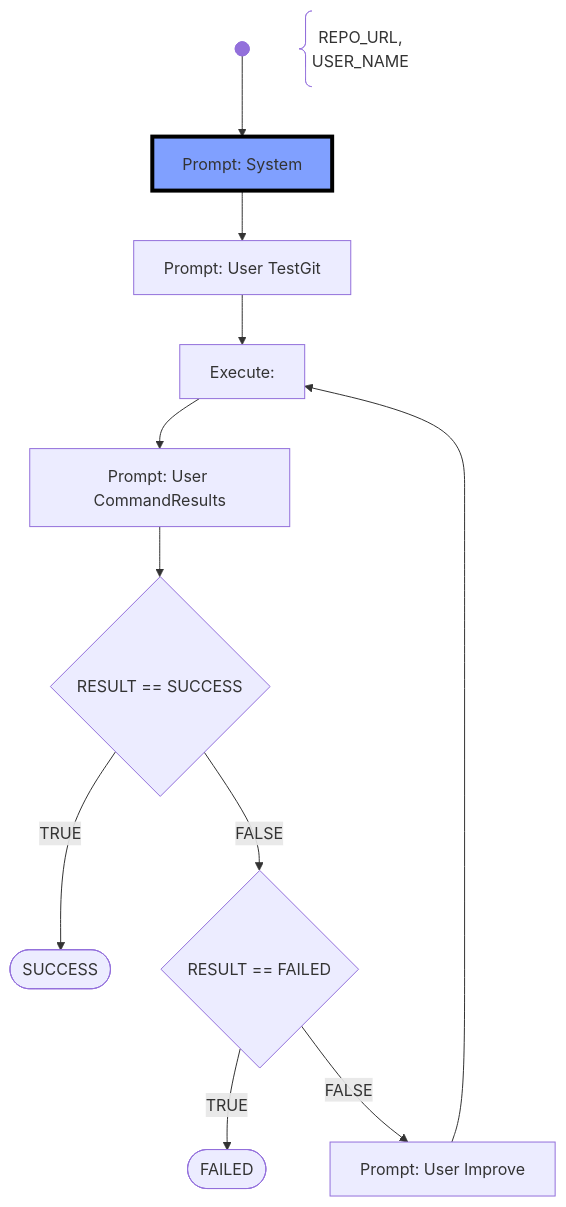
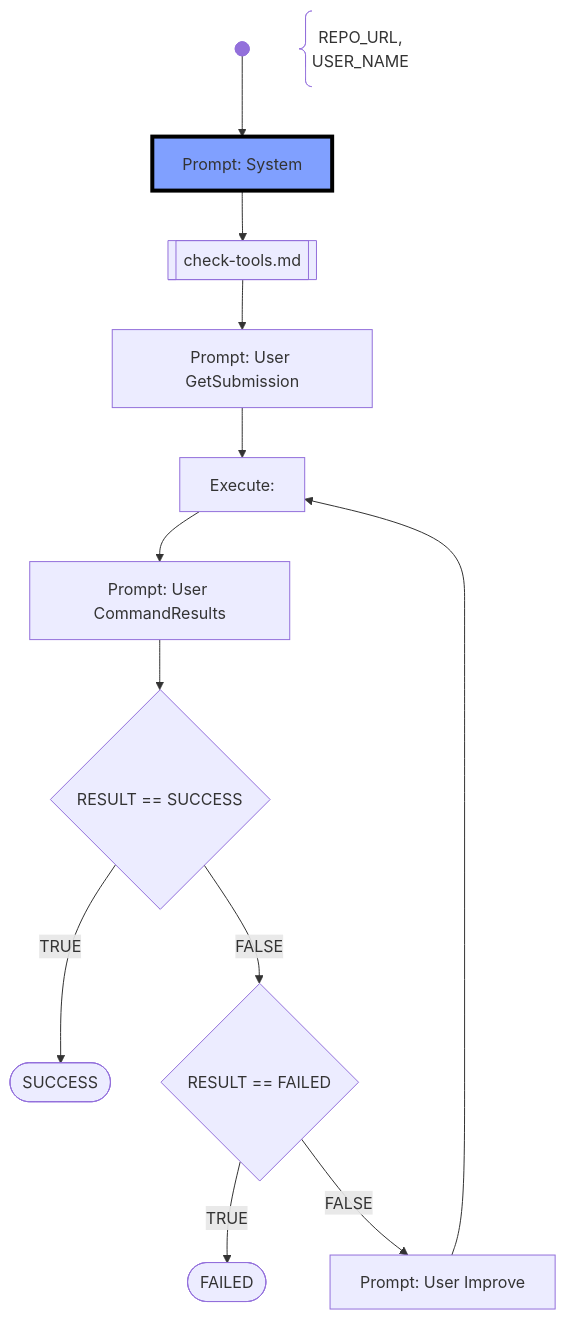
Before and after one commit to BernLeWal/AICodeMentor: the second of 2 diagrams in docs/workflow.md, drawn with Mermaid. The commit also changed 12 other files, not shown here.

````diff
--- a/docs/workflow.md
+++ b/docs/workflow.md
@@ -67,23 +67,24 @@
 ```mermaid
 flowchart TD
     START@{ shape: f-circ, label:"start"} --> PROMPT_SYSTEM
     PARAMS@{ shape: comment, label: "REPO_URL, \nUSER_NAME"}
 
-    PROMPT_SYSTEM[Prompt: System] --> PROMPT_TESTGIT
-    PROMPT_TESTGIT[Prompt: User TestGit] --> EXECUTE_OUTPUT
+    PROMPT_SYSTEM[Prompt: System] --> CALL_CHECK_TOOLS
+    CALL_CHECK_TOOLS[[check-tools.md]] --> PROMPT_TESTGIT
+    PROMPT_TESTGIT[Prompt: User GetSubmission] --> EXECUTE_OUTPUT
     EXECUTE_OUTPUT[Execute: ] --> PROMPT_CMDRESULTS
 
     PROMPT_CMDRESULTS[Prompt: User CommandResults] --> CHECK_RESULT_SUCCESS{RESULT == SUCCESS}
     CHECK_RESULT_SUCCESS --> |TRUE| SUCCESS
     CHECK_RESULT_SUCCESS --> |FALSE| CHECK_RESULT_FAILED{RESULT == FAILED} 
 
     CHECK_RESULT_FAILED --> |TRUE| FAILED
     CHECK_RESULT_FAILED --> |FALSE| PROMPT_IMPROVE
 
     PROMPT_IMPROVE[Prompt: User Improve] --> EXECUTE_OUTPUT
     
     SUCCESS@{ shape: stadium  }
     FAILED@{ shape: stadium }
 
     style PROMPT_SYSTEM stroke:#000,stroke-width:4px,fill:#80a0ff
 ```
````
